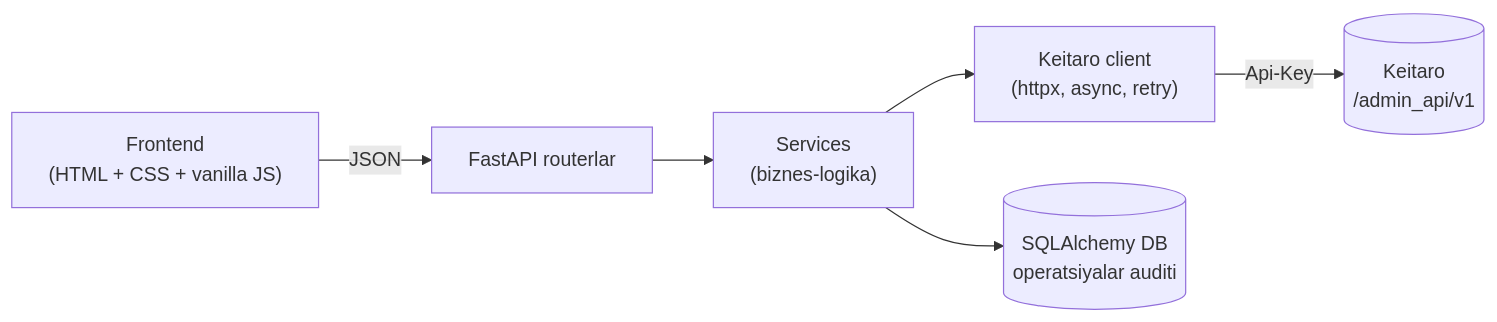
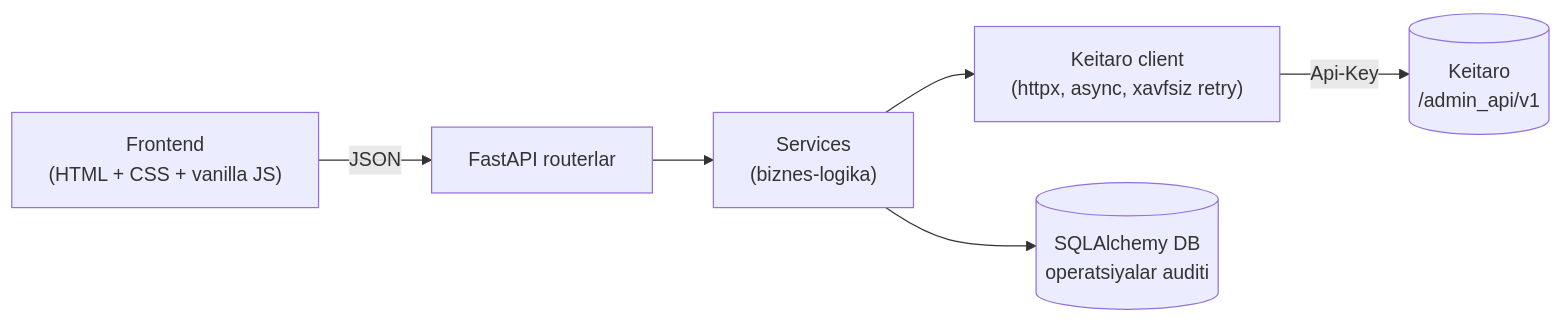
The diagram in docs/ARCHITECTURE.uz.md (shakha1210-pixel/adrobot-keitaro), drawn with Mermaid before and after one commit. The commit also changed other lines of this file and 45 other files, not shown here.

````diff
--- a/docs/ARCHITECTURE.uz.md
+++ b/docs/ARCHITECTURE.uz.md
@@ -27,8 +29,8 @@
 ```mermaid
 flowchart LR
     UI["Frontend<br/>(HTML + CSS + vanilla JS)"] -->|JSON| R["FastAPI routerlar"]
     R --> S["Services<br/>(biznes-logika)"]
-    S --> K["Keitaro client<br/>(httpx, async, retry)"]
+    S --> K["Keitaro client<br/>(httpx, async, xavfsiz retry)"]
     K -->|"Api-Key"| KT[("Keitaro<br/>/admin_api/v1")]
     S --> DB[("SQLAlchemy DB<br/>operatsiyalar auditi")]
 ```
````
